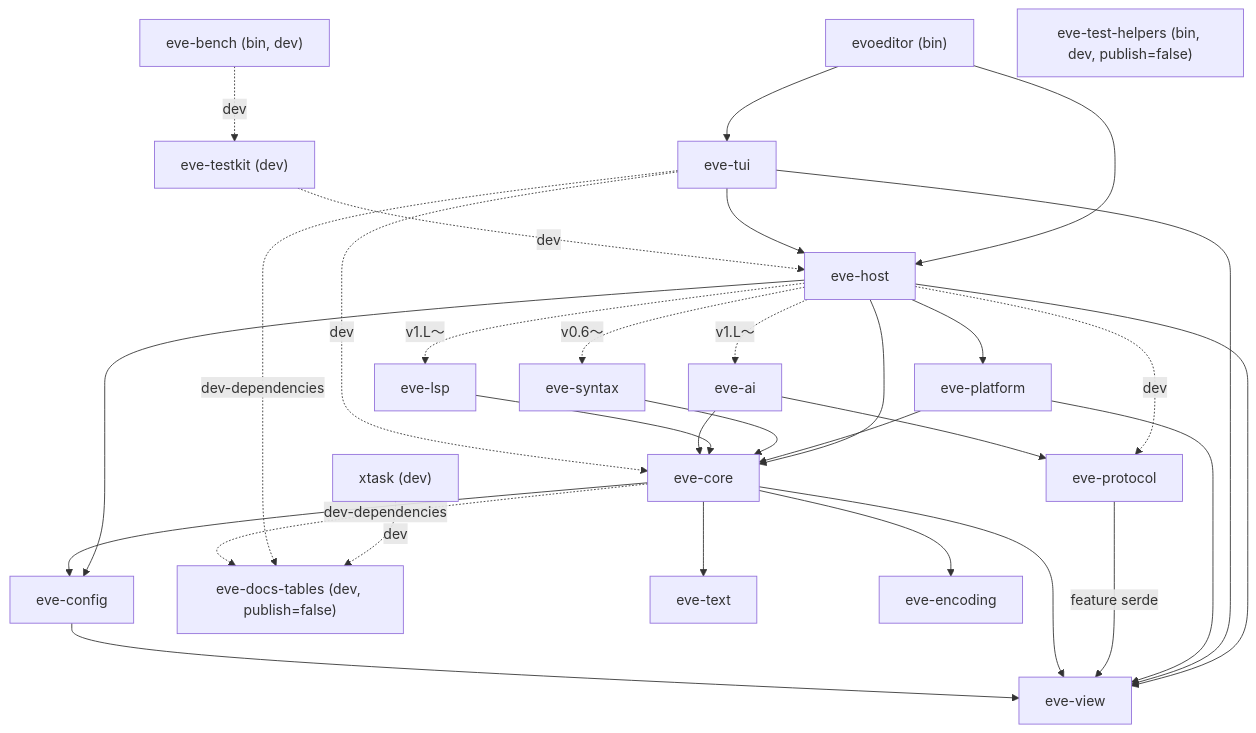
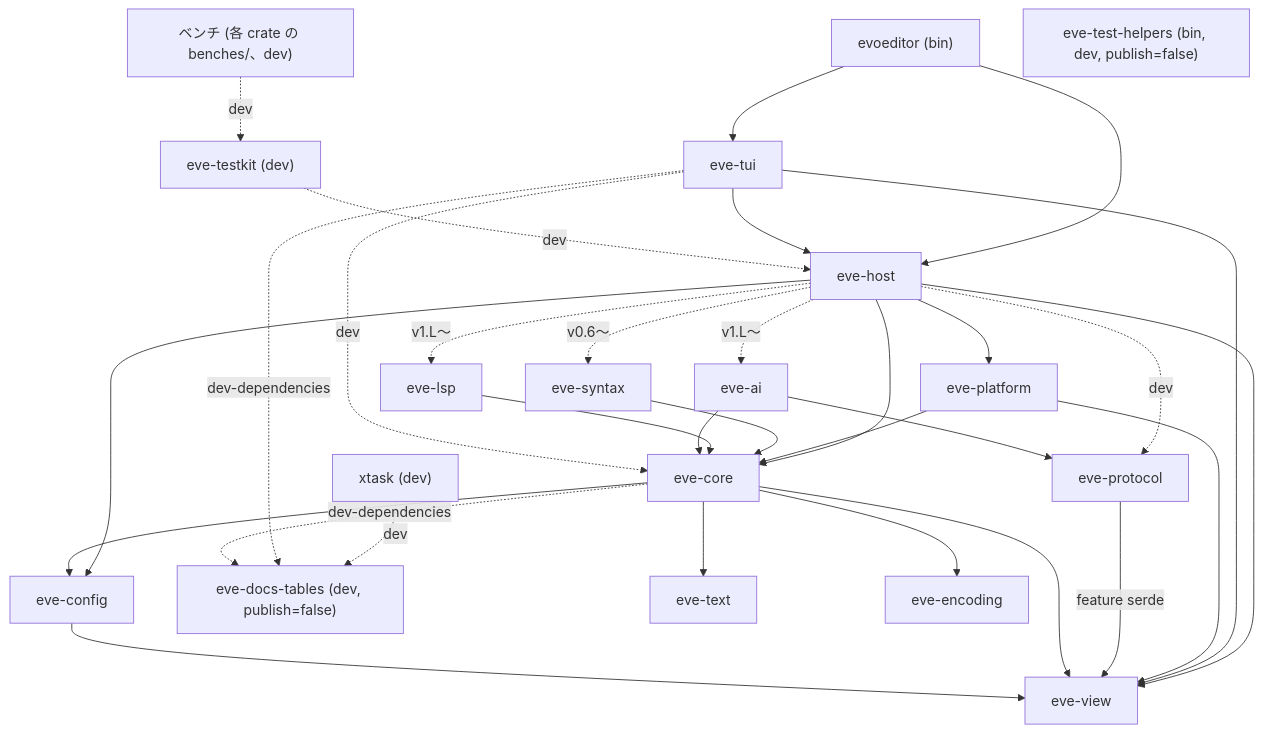
The second of 2 diagrams in docs/02-architecture.md (evoref/evoeditor), drawn with Mermaid before and after one commit. The commit also changed other lines of this file and 11 other files, not shown here.

````diff
--- a/docs/02-architecture.md
+++ b/docs/02-architecture.md
@@ -195,34 +196,34 @@
 ```mermaid
 flowchart TD
     bin["evoeditor (bin)"] --> host["eve-host"]
     bin --> tui["eve-tui"]
     host --> core["eve-core"]
     host --> platform["eve-platform"]
     host --> config["eve-config"]
     host --> view["eve-view"]
     host -. "v0.6〜" .-> syntax["eve-syntax"]
     host -. "v1.L〜" .-> lsp["eve-lsp"]
     host -. "v1.L〜" .-> ai["eve-ai"]
     host -. "dev" .-> proto["eve-protocol"]
     tui --> host
     tui --> view
     platform --> core
     platform --> view
     syntax --> core
     lsp --> core
     ai --> core
     ai --> proto
     proto -- "feature serde" --> view
-    bench["eve-bench (bin, dev)"] -. "dev" .-> testkit["eve-testkit (dev)"]
+    bench["ベンチ (各 crate の benches/、dev)"] -. "dev" .-> testkit["eve-testkit (dev)"]
     testkit -. "dev" .-> host
     xtask["xtask (dev)"] -. "dev" .-> doctables["eve-docs-tables (dev, publish=false)"]
     tui -. "dev-dependencies" .-> doctables
     tui -. "dev" .-> core
     core -. "dev-dependencies" .-> doctables
     helpers["eve-test-helpers (bin, dev, publish=false)"]
     core --> text["eve-text"]
     core --> enc["eve-encoding"]
     core --> view
     core --> config
     config --> view
 ```
````
